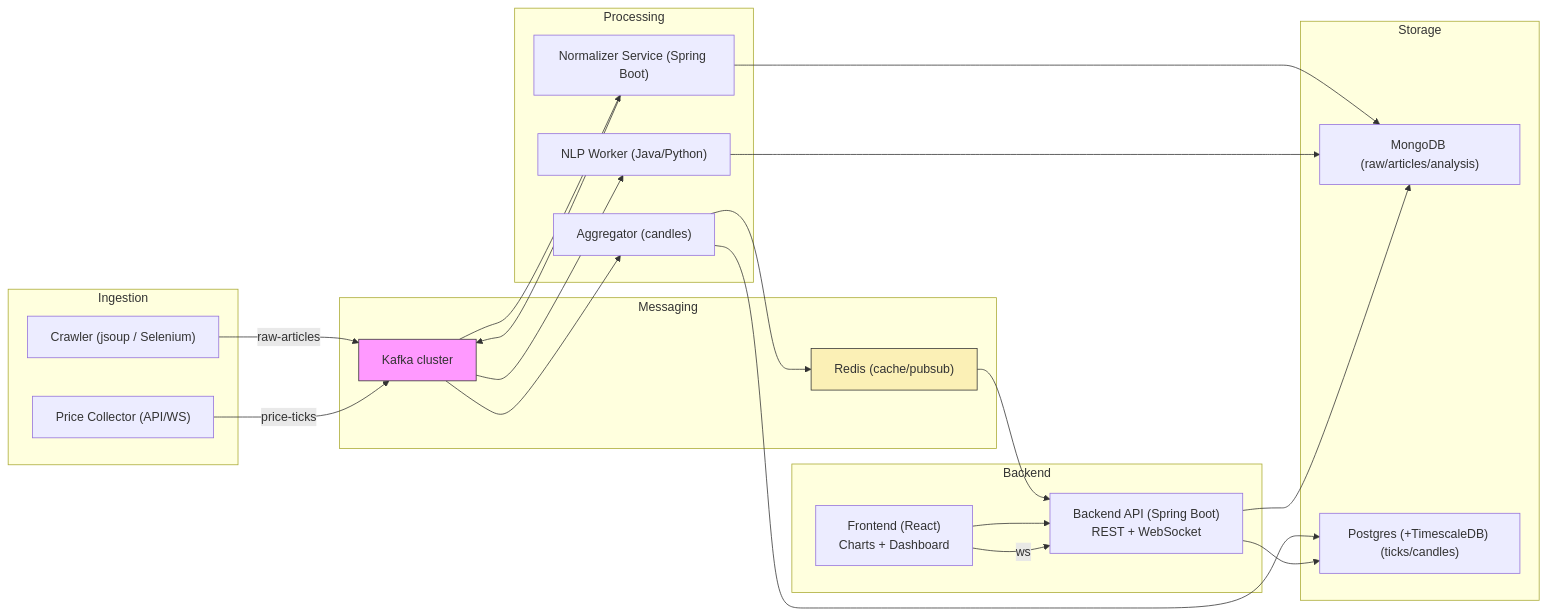
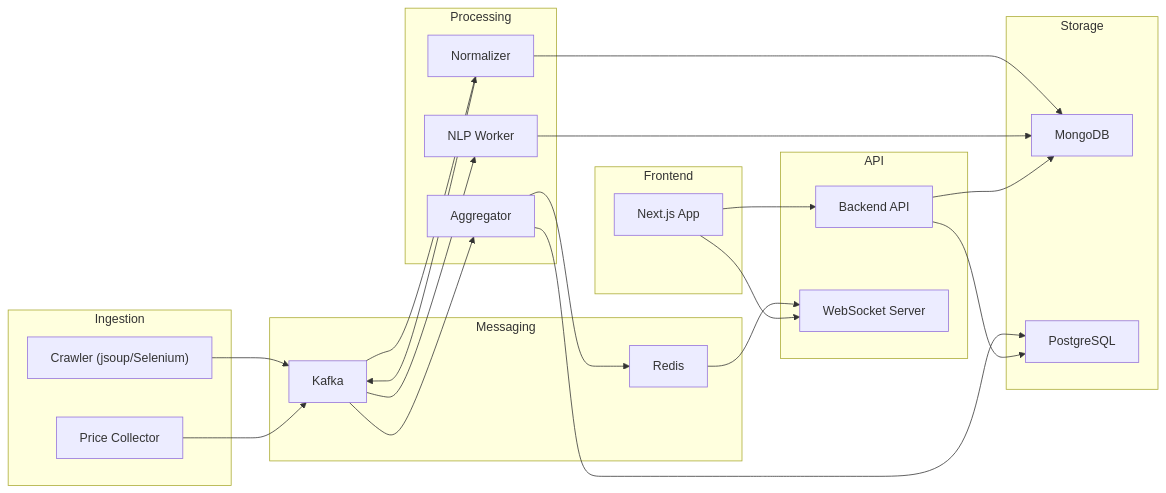
Before and after one commit to HCMUS-Software-Architecture/Back-end: the first of 2 diagrams in doc/Architecture.md, drawn with Mermaid. The commit also changed other lines of this file and 6 other files, not shown here.

Commit message:
Restructure documentation with evolutionary architecture and separate operations guide

````diff
--- a/doc/Architecture.md
+++ b/doc/Architecture.md
@@ -56,47 +330,48 @@
 ```mermaid
 graph LR
   subgraph Ingestion
-    Crawler["Crawler (jsoup / Selenium)"]
-    PriceCollector["Price Collector (API/WS)"]
+    Crawler["Crawler (jsoup/Selenium)"]
+    PriceCollector["Price Collector"]
   end
 
   subgraph Messaging
-    Kafka["Kafka cluster"]
-    Redis["Redis (cache/pubsub)"]
+    Kafka["Kafka"]
+    Redis["Redis"]
   end
 
   subgraph Processing
-    Normalizer["Normalizer Service (Spring Boot)"]
-    NLP["NLP Worker (Java/Python)"]
-    Aggregator["Aggregator (candles)"]
+    Normalizer["Normalizer"]
+    NLP["NLP Worker"]
+    Aggregator["Aggregator"]
   end
 
   subgraph Storage
-    Mongo["MongoDB (raw/articles/analysis)"]
-    Postgres["Postgres (+TimescaleDB) (ticks/candles)"]
+    Mongo["MongoDB"]
+    Postgres["PostgreSQL"]
   end
 
-  subgraph Backend
-    API["Backend API (Spring Boot)\nREST + WebSocket"]
-    WebUI["Frontend (React)\nCharts + Dashboard"]
+  subgraph API
+    Backend["Backend API"]
+    WebSocket["WebSocket Server"]
   end
 
-  Crawler -->|raw-articles| Kafka
-  PriceCollector -->|price-ticks| Kafka
+  subgraph Frontend
+    NextJS["Next.js App"]
+  end
+
+  Crawler --> Kafka
+  PriceCollector --> Kafka
   Kafka --> Normalizer
   Normalizer --> Mongo
   Normalizer --> Kafka
   Kafka --> NLP
   NLP --> Mongo
   Kafka --> Aggregator
   Aggregator --> Postgres
   Aggregator --> Redis
-  Redis --> API
-  API --> Postgres
-  API --> Mongo
-  WebUI --> API
-  WebUI -->|ws| API
-
-  style Kafka fill:#f9f,stroke:#333,stroke-width:1px
-  style Redis fill:#fbf0b6,stroke:#333,stroke-width:1px
+  Redis --> WebSocket
+  Backend --> Postgres
+  Backend --> Mongo
+  NextJS --> Backend
+  NextJS --> WebSocket
 ```
````
